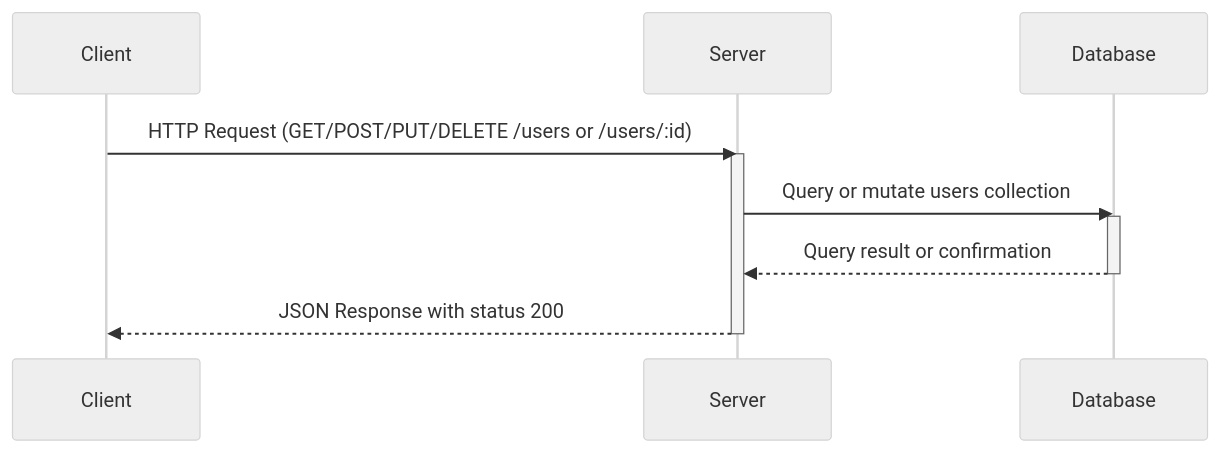
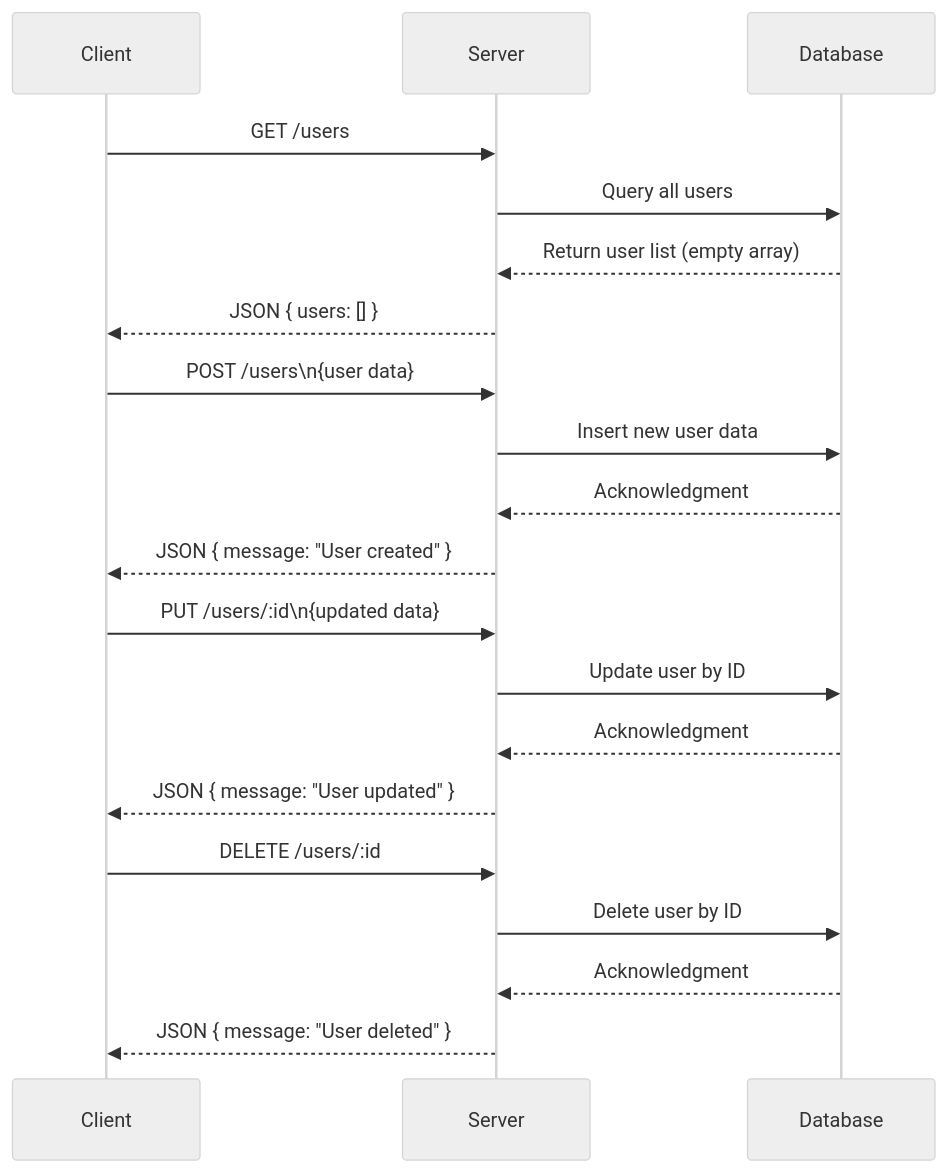
One commit to swmiya8/sample-api-key changed the diagram in generated-api-docs.md. Above: the diagram before and after it, drawn with Mermaid (neutral theme). The commit also changed other lines of this file, not shown here.

````diff
--- a/generated-api-docs.md
+++ b/generated-api-docs.md
@@ -253,15 +219,26 @@
 ```mermaid
 sequenceDiagram
     participant Client
     participant Server
     participant Database
 
-    Client->>Server: HTTP Request (GET/POST/PUT/DELETE /users or /users/:id)
-    activate Server
-    Server->>Database: Query or mutate users collection
-    activate Database
-    Database-->>Server: Query result or confirmation
-    deactivate Database
-    Server-->>Client: JSON Response with status 200
-    deactivate Server
+    Client->>Server: GET /users
+    Server->>Database: Query all users
+    Database-->>Server: Return user list (empty array)
+    Server-->>Client: JSON { users: [] }
+
+    Client->>Server: POST /users\n{user data}
+    Server->>Database: Insert new user data
+    Database-->>Server: Acknowledgment
+    Server-->>Client: JSON { message: "User created" }
+
+    Client->>Server: PUT /users/:id\n{updated data}
+    Server->>Database: Update user by ID
+    Database-->>Server: Acknowledgment
+    Server-->>Client: JSON { message: "User updated" }
+
+    Client->>Server: DELETE /users/:id
+    Server->>Database: Delete user by ID
+    Database-->>Server: Acknowledgment
+    Server-->>Client: JSON { message: "User deleted" }
 ```
````
